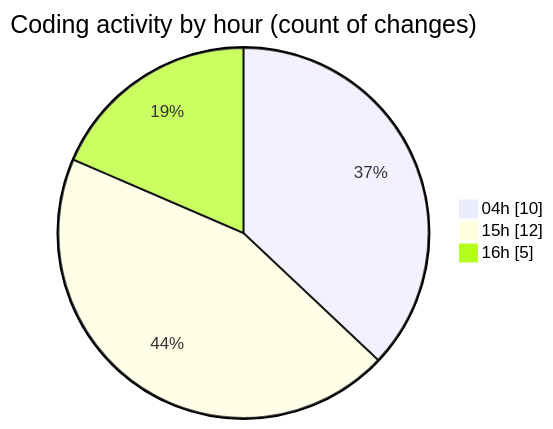
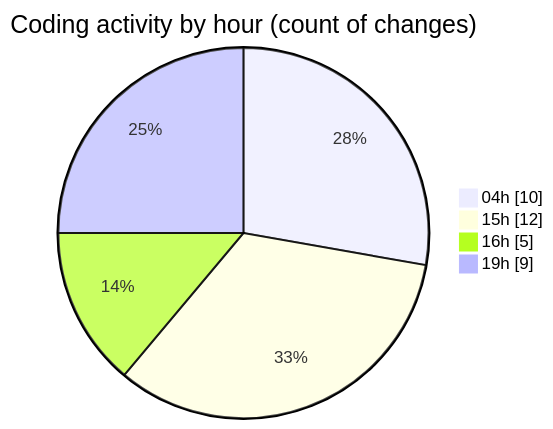
Before and after one commit to charlie-sans/code-tracking: the second of 2 diagrams in 2025-03-17/sharpmasm/README.md, drawn with Mermaid. The commit also changed other lines of this file and 1 other file, not shown here.

````diff
--- a/2025-03-17/sharpmasm/README.md
+++ b/2025-03-17/sharpmasm/README.md
@@ -35,7 +35,8 @@
 ```mermaid
 pie showData
 title Coding activity by hour (count of changes)
 "04h" : 10
 "15h" : 12
 "16h" : 5
+"19h" : 9
 ```
````
